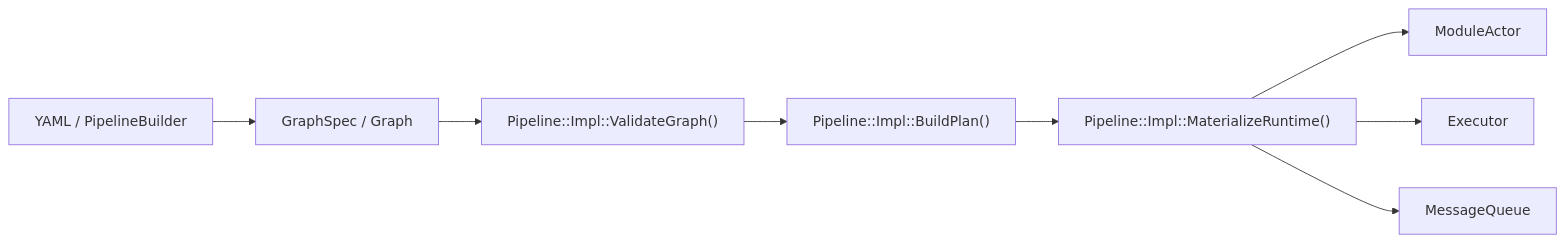
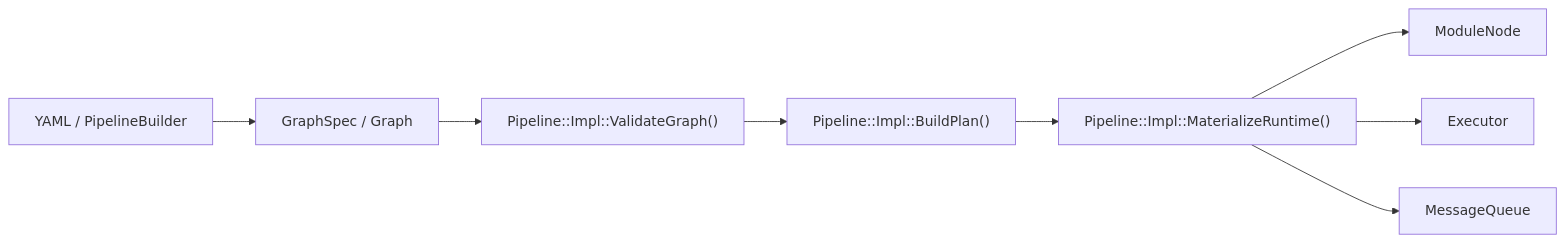
One commit to youngzilla0/Nexusflow changed the second of 5 diagrams in docs/ARCHITECTURE_ZH.md. Above: the diagram before and after it, drawn with Mermaid. The commit also changed other lines of this file and 15 other files, not shown here.

Commit message:
refactor(runtime): align graph and module node naming

````diff
--- a/docs/ARCHITECTURE_ZH.md
+++ b/docs/ARCHITECTURE_ZH.md
@@ -47,10 +47,10 @@
 ```mermaid
 flowchart LR
     A["YAML / PipelineBuilder"] --> B["GraphSpec / Graph"]
     B --> C["Pipeline::Impl::ValidateGraph()"]
     C --> D["Pipeline::Impl::BuildPlan()"]
     D --> E["Pipeline::Impl::MaterializeRuntime()"]
-    E --> F["ModuleActor"]
+    E --> F["ModuleNode"]
     E --> G["Executor"]
     E --> H["MessageQueue"]
 ```
````
